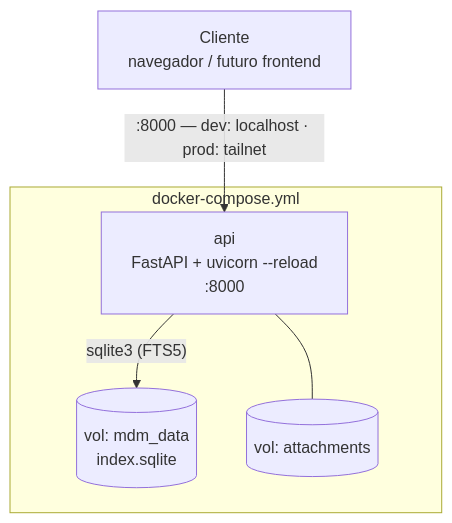
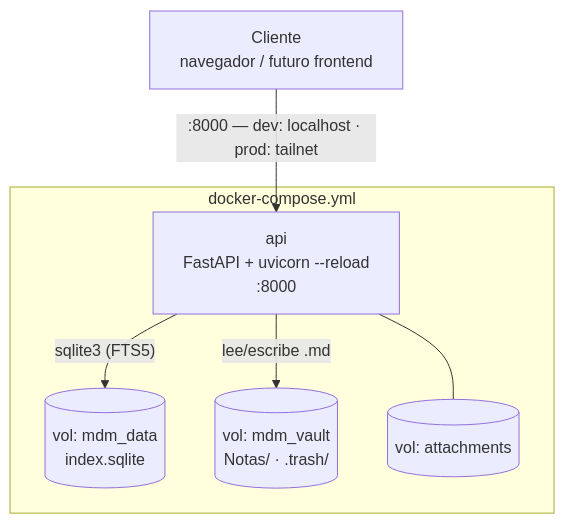
One commit to joaquinrodfer/MyDamnManagement changed the third of 9 diagrams in docs/ARCHITECTURE.md. Above: the diagram before and after it, drawn with Mermaid. The commit also changed other lines of this file and 7 other files, not shown here.

````diff
--- a/docs/ARCHITECTURE.md
+++ b/docs/ARCHITECTURE.md
@@ -95,9 +102,10 @@
 ```mermaid
 graph TD
     CLIENT["Cliente<br/>navegador / futuro frontend"] -->|":8000 — dev: localhost · prod: tailnet"| API
 
     subgraph COMPOSE["docker-compose.yml"]
         API["api<br/>FastAPI + uvicorn --reload<br/>:8000"] -->|"sqlite3 (FTS5)"| DB[("vol: mdm_data<br/>index.sqlite")]
+        API -->|"lee/escribe .md"| VAULT[("vol: mdm_vault<br/>Notas/ · .trash/")]
         API --- ATT[("vol: attachments")]
     end
 ```
````
